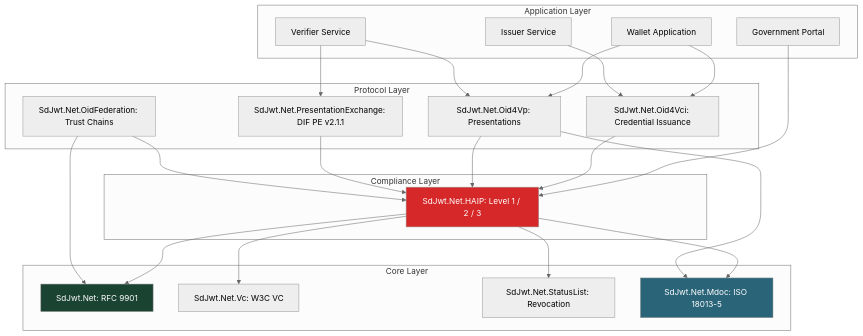
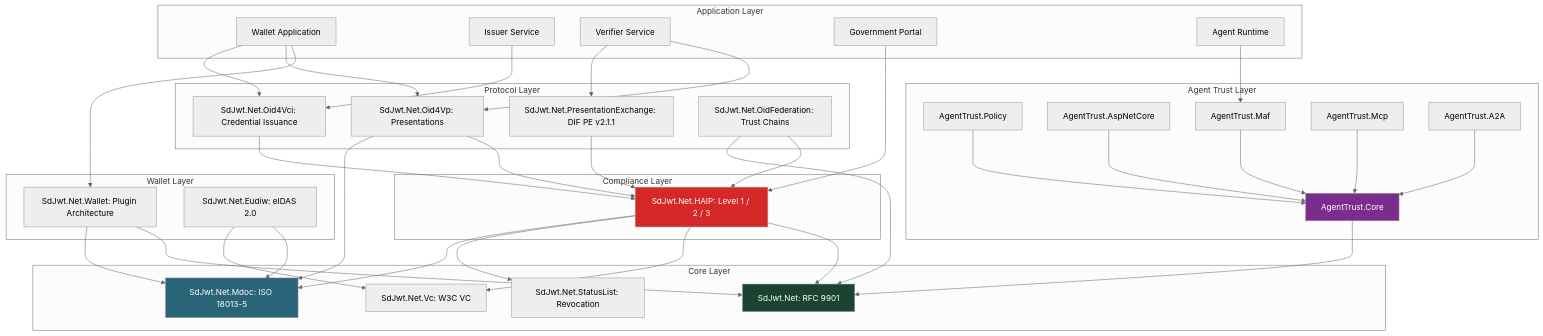
Before and after one commit to openwallet-foundation-labs/sd-jwt-dotnet: the diagram in README.md, drawn with Mermaid (neutral theme). The commit also changed other lines of this file and 117 other files, not shown here.

First line of the commit message:
feat: Add AgentTrust packages, docs, and tests (#44)

````diff
--- a/README.md
+++ b/README.md
@@ -189,50 +214,80 @@
 ```mermaid
 graph TB
     subgraph ApplicationLayer[Application Layer]
         WalletApp[Wallet Application]
         IssuerApp[Issuer Service]
         VerifierApp[Verifier Service]
         GovApp[Government Portal]
+        AgentRuntime[Agent Runtime]
     end
 
     subgraph ProtocolLayer[Protocol Layer]
         OID4VCI[SdJwt.Net.Oid4Vci: Credential Issuance]
         OID4VP[SdJwt.Net.Oid4Vp: Presentations]
         PEx[SdJwt.Net.PresentationExchange: DIF PE v2.1.1]
         OidFed[SdJwt.Net.OidFederation: Trust Chains]
+    end
+
+    subgraph WalletLayer[Wallet Layer]
+        Wallet[SdJwt.Net.Wallet: Plugin Architecture]
+        Eudiw[SdJwt.Net.Eudiw: eIDAS 2.0]
+    end
+
+    subgraph AgentTrustLayer[Agent Trust Layer]
+        ATCore[AgentTrust.Core]
+        ATPolicy[AgentTrust.Policy]
+        ATAsp[AgentTrust.AspNetCore]
+        ATMaf[AgentTrust.Maf]
+        ATMcp[AgentTrust.Mcp]
+        ATA2A[AgentTrust.A2A]
     end
 
     subgraph ComplianceLayer[Compliance Layer]
         HAIP[SdJwt.Net.HAIP: Level 1 / 2 / 3]
     end
 
     subgraph CoreLayer[Core Layer]
         Core[SdJwt.Net: RFC 9901]
         Vc[SdJwt.Net.Vc: W3C VC]
         Status[SdJwt.Net.StatusList: Revocation]
         Mdoc[SdJwt.Net.Mdoc: ISO 18013-5]
     end
 
+    WalletApp --> Wallet
     WalletApp --> OID4VP
     WalletApp --> OID4VCI
     IssuerApp --> OID4VCI
     VerifierApp --> OID4VP
     VerifierApp --> PEx
     GovApp --> HAIP
+    AgentRuntime --> ATMaf
 
     OID4VCI --> HAIP
     OID4VP --> HAIP
     PEx --> HAIP
     OidFed --> HAIP
+
+    Wallet --> Core
+    Wallet --> Mdoc
+    Eudiw --> Mdoc
+    Eudiw --> Vc
+
+    ATCore --> Core
+    ATPolicy --> ATCore
+    ATAsp --> ATCore
+    ATMaf --> ATCore
+    ATMcp --> ATCore
+    ATA2A --> ATCore
 
     HAIP --> Core
     HAIP --> Vc
     HAIP --> Status
     HAIP --> Mdoc
     OidFed --> Core
     OID4VP --> Mdoc
 
     style HAIP fill:#d62828,color:#fff
     style Core fill:#1b4332,color:#fff
     style Mdoc fill:#2a6478,color:#fff
+    style ATCore fill:#7b2d8e,color:#fff
 ```
````
